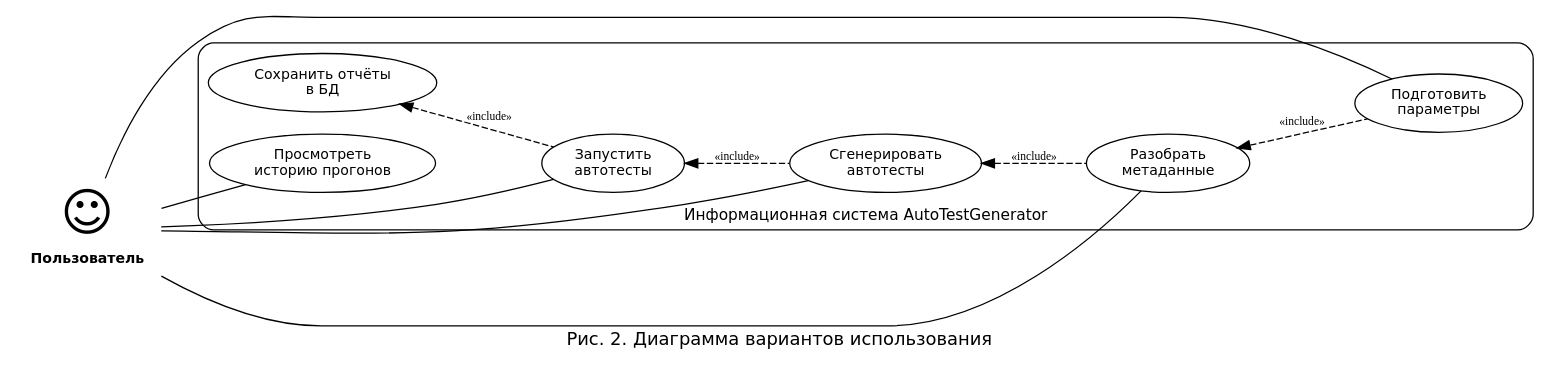
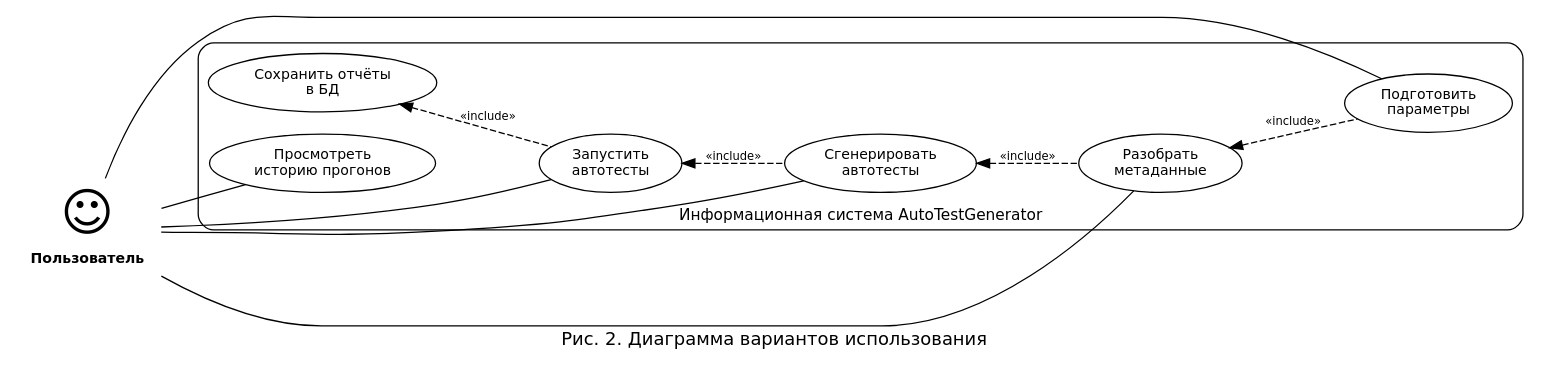
One commit to nastolbov/AutoTestGeneratorUpdate changed the diagram in diagrams/usecase.dot. Above: the diagram before and after it, drawn with Graphviz. The commit also changed 37 other files, not shown here.

```diff
--- a/diagrams/usecase.dot
+++ b/diagrams/usecase.dot
@@ -1,38 +1,31 @@
-digraph UseCase {
-    rankdir=LR;
-    fontname="DejaVu Sans";
-    label="Рис. 2. Диаграмма вариантов использования";
-    labelloc="b";
-    fontsize=14;
-
+digraph UC {
+    rankdir=LR; fontname="DejaVu Sans"; fontsize=14;
+    label="Рис. 2. Диаграмма вариантов использования"; labelloc=b;
     node [fontname="DejaVu Sans", fontsize=11];
+    edge [color=black, fontname="DejaVu Sans", fontsize=10];
 
     Actor [shape=none, label=<<TABLE BORDER="0" CELLBORDER="0">
         <TR><TD><FONT POINT-SIZE="40">&#9786;</FONT></TD></TR>
         <TR><TD><B>Пользователь</B></TD></TR></TABLE>>];
 
-    subgraph cluster_system {
+    subgraph cluster_sys {
         label="Информационная система AutoTestGenerator";
-        style=rounded;
-        labelloc=b;
-        fontsize=12;
-
+        style=rounded; labelloc=b; fontsize=12;
         UC1 [shape=ellipse, label="Подготовить\nпараметры"];
         UC2 [shape=ellipse, label="Разобрать\nметаданные"];
         UC3 [shape=ellipse, label="Сгенерировать\nавтотесты"];
         UC4 [shape=ellipse, label="Запустить\nавтотесты"];
         UC5 [shape=ellipse, label="Сохранить отчёты\nв БД"];
         UC6 [shape=ellipse, label="Просмотреть\nисторию прогонов"];
 
         UC2 -> UC1 [label="«include»", style=dashed, fontsize=9, dir=back];
         UC3 -> UC2 [label="«include»", style=dashed, fontsize=9, dir=back];
         UC4 -> UC3 [label="«include»", style=dashed, fontsize=9, dir=back];
         UC5 -> UC4 [label="«include»", style=dashed, fontsize=9, dir=back];
     }
-
     Actor -> UC1 [arrowhead=none];
     Actor -> UC2 [arrowhead=none];
     Actor -> UC3 [arrowhead=none];
     Actor -> UC4 [arrowhead=none];
     Actor -> UC6 [arrowhead=none];
 }
```
